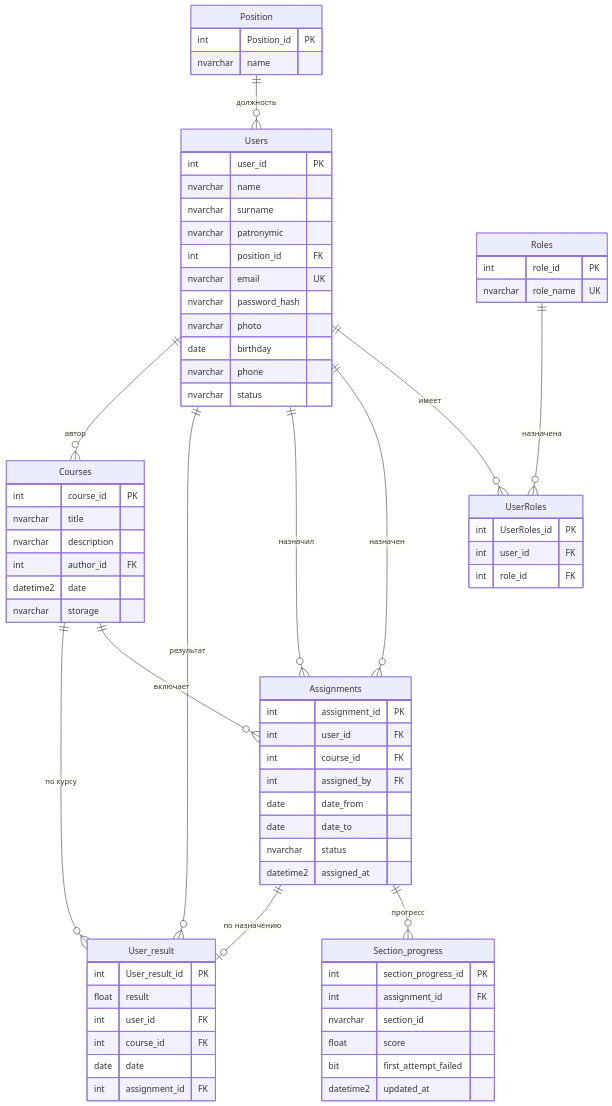
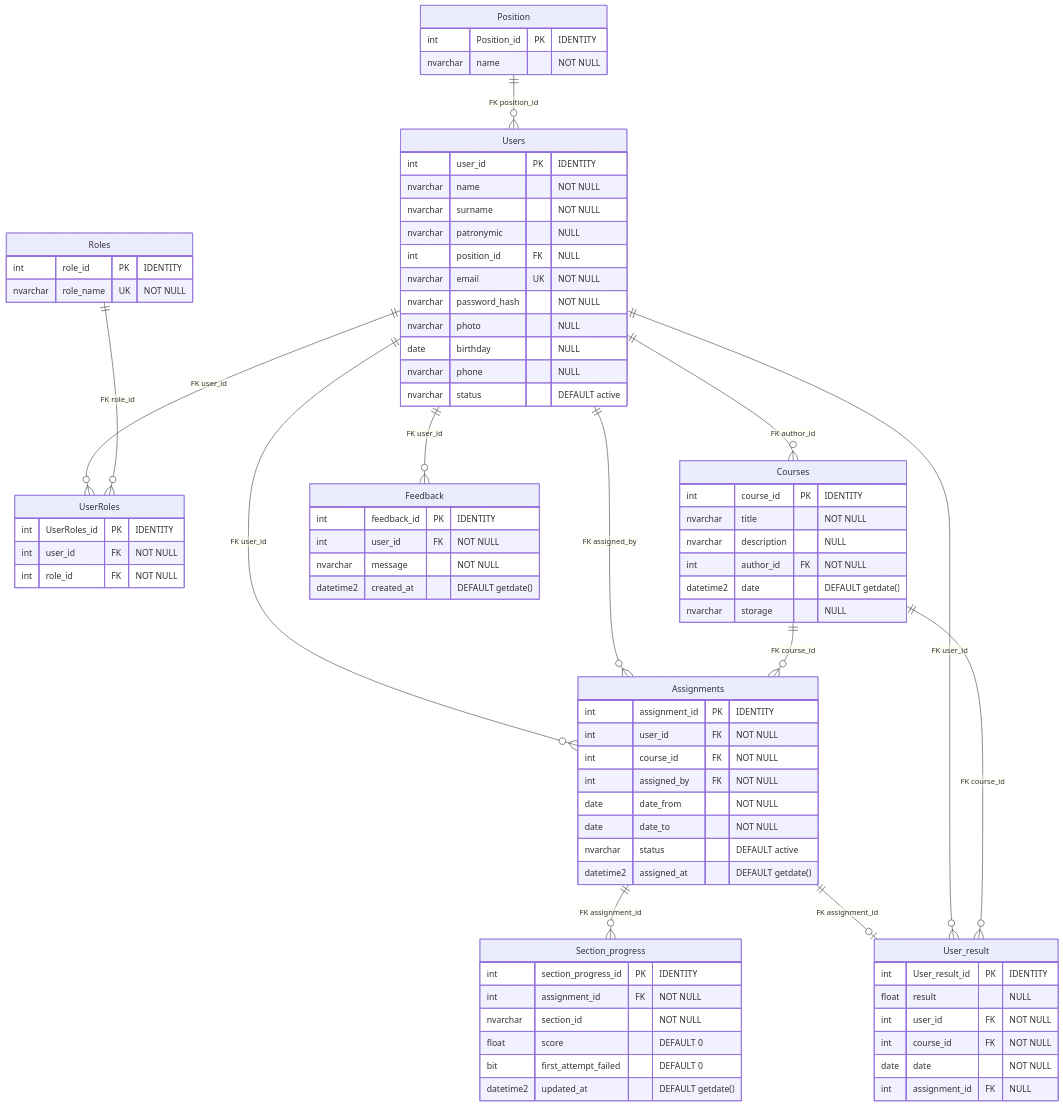
The diagram in docs/проектная_документация/Приложение_Е_ER_диаграмма.md (nouonoo/edu_course), drawn with Mermaid before and after one commit. The commit also changed other lines of this file and 10 other files, not shown here.

First line of the commit message:
Дополнить проектную документацию UML-диаграммами и описанием реализации

````diff
--- a/docs/проектная_документация/Приложение_Е_ER_диаграмма.md
+++ b/docs/проектная_документация/Приложение_Е_ER_диаграмма.md
@@ -12,82 +15,90 @@
 ```mermaid
 erDiagram
-    Users ||--o{ UserRoles : "имеет"
-    Roles ||--o{ UserRoles : "назначена"
-    Position ||--o{ Users : "должность"
-    Users ||--o{ Assignments : "назначен"
-    Users ||--o{ Assignments : "назначил"
-    Courses ||--o{ Assignments : "включает"
-    Assignments ||--o{ Section_progress : "прогресс"
-    Users ||--o{ User_result : "результат"
-    Courses ||--o{ User_result : "по курсу"
-    Assignments ||--o| User_result : "по назначению"
-    Users ||--o{ Courses : "автор"
+    Position ||--o{ Users : "FK position_id"
+    Users ||--o{ UserRoles : "FK user_id"
+    Roles ||--o{ UserRoles : "FK role_id"
+    Users ||--o{ Courses : "FK author_id"
+    Users ||--o{ Assignments : "FK user_id"
+    Users ||--o{ Assignments : "FK assigned_by"
+    Courses ||--o{ Assignments : "FK course_id"
+    Assignments ||--o{ Section_progress : "FK assignment_id"
+    Assignments ||--o| User_result : "FK assignment_id"
+    Users ||--o{ User_result : "FK user_id"
+    Courses ||--o{ User_result : "FK course_id"
+    Users ||--o{ Feedback : "FK user_id"
 
-    Users {
-        int user_id PK
-        nvarchar name
-        nvarchar surname
-        nvarchar patronymic
-        int position_id FK
-        nvarchar email UK
-        nvarchar password_hash
-        nvarchar photo
-        date birthday
-        nvarchar phone
-        nvarchar status
+    Position {
+        int Position_id PK "IDENTITY"
+        nvarchar name "NOT NULL"
     }
 
     Roles {
-        int role_id PK
-        nvarchar role_name UK
+        int role_id PK "IDENTITY"
+        nvarchar role_name UK "NOT NULL"
+    }
+
+    Users {
+        int user_id PK "IDENTITY"
+        nvarchar name "NOT NULL"
+        nvarchar surname "NOT NULL"
+        nvarchar patronymic "NULL"
+        int position_id FK "NULL"
+        nvarchar email UK "NOT NULL"
+        nvarchar password_hash "NOT NULL"
+        nvarchar photo "NULL"
+        date birthday "NULL"
+        nvarchar phone "NULL"
+        nvarchar status "DEFAULT active"
     }
 
     UserRoles {
-        int UserRoles_id PK
-        int user_id FK
-        int role_id FK
-    }
-
-    Position {
-        int Position_id PK
-        nvarchar name
+        int UserRoles_id PK "IDENTITY"
+        int user_id FK "NOT NULL"
+        int role_id FK "NOT NULL"
     }
 
     Courses {
-        int course_id PK
-        nvarchar title
-        nvarchar description
-        int author_id FK
-        datetime2 date
-        nvarchar storage
+        int course_id PK "IDENTITY"
+        nvarchar title "NOT NULL"
+        nvarchar description "NULL"
+        int author_id FK "NOT NULL"
+        datetime2 date "DEFAULT getdate()"
+        nvarchar storage "NULL"
     }
 
     Assignments {
-        int assignment_id PK
-        int user_id FK
-        int course_id FK
-        int assigned_by FK
-        date date_from
-        date date_to
-        nvarchar status
-        datetime2 assigned_at
+        int assignment_id PK "IDENTITY"
+        int user_id FK "NOT NULL"
+        int course_id FK "NOT NULL"
+        int assigned_by FK "NOT NULL"
+        date date_from "NOT NULL"
+        date date_to "NOT NULL"
+        nvarchar status "DEFAULT active"
+        datetime2 assigned_at "DEFAULT getdate()"
     }
 
     Section_progress {
-        int section_progress_id PK
-        int assignment_id FK
-        nvarchar section_id
-        float score
-        bit first_attempt_failed
-        datetime2 updated_at
+        int section_progress_id PK "IDENTITY"
+        int assignment_id FK "NOT NULL"
+        nvarchar section_id "NOT NULL"
+        float score "DEFAULT 0"
+        bit first_attempt_failed "DEFAULT 0"
+        datetime2 updated_at "DEFAULT getdate()"
     }
 
     User_result {
-        int User_result_id PK
-        float result
-        int user_id FK
-        int course_id FK
-        date date
-        int assignment_id FK
+        int User_result_id PK "IDENTITY"
+        float result "NULL"
+        int user_id FK "NOT NULL"
+        int course_id FK "NOT NULL"
+        date date "NOT NULL"
+        int assignment_id FK "NULL"
+    }
+
+    Feedback {
+        int feedback_id PK "IDENTITY"
+        int user_id FK "NOT NULL"
+        nvarchar message "NOT NULL"
+        datetime2 created_at "DEFAULT getdate()"
     }
 ```
````
